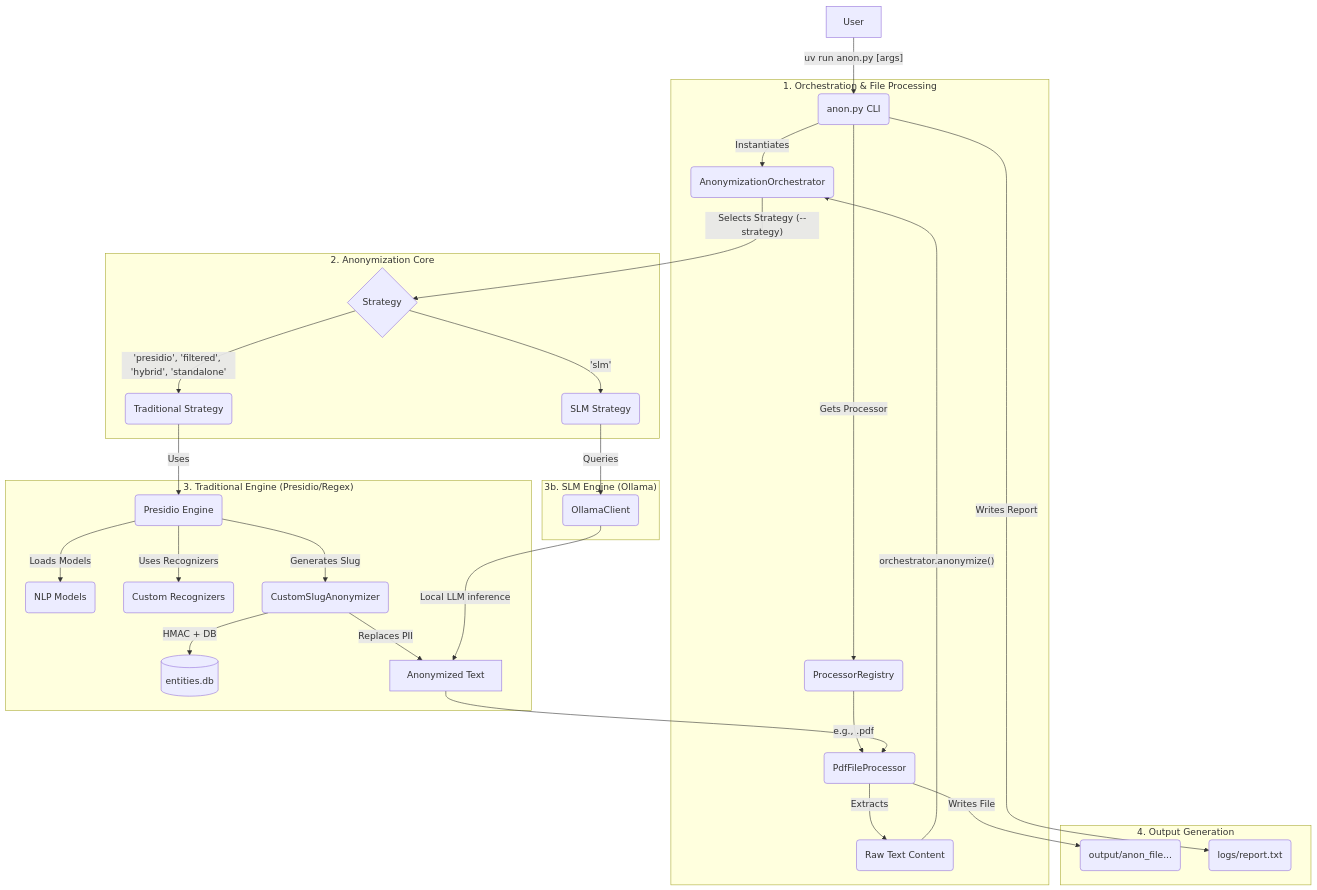
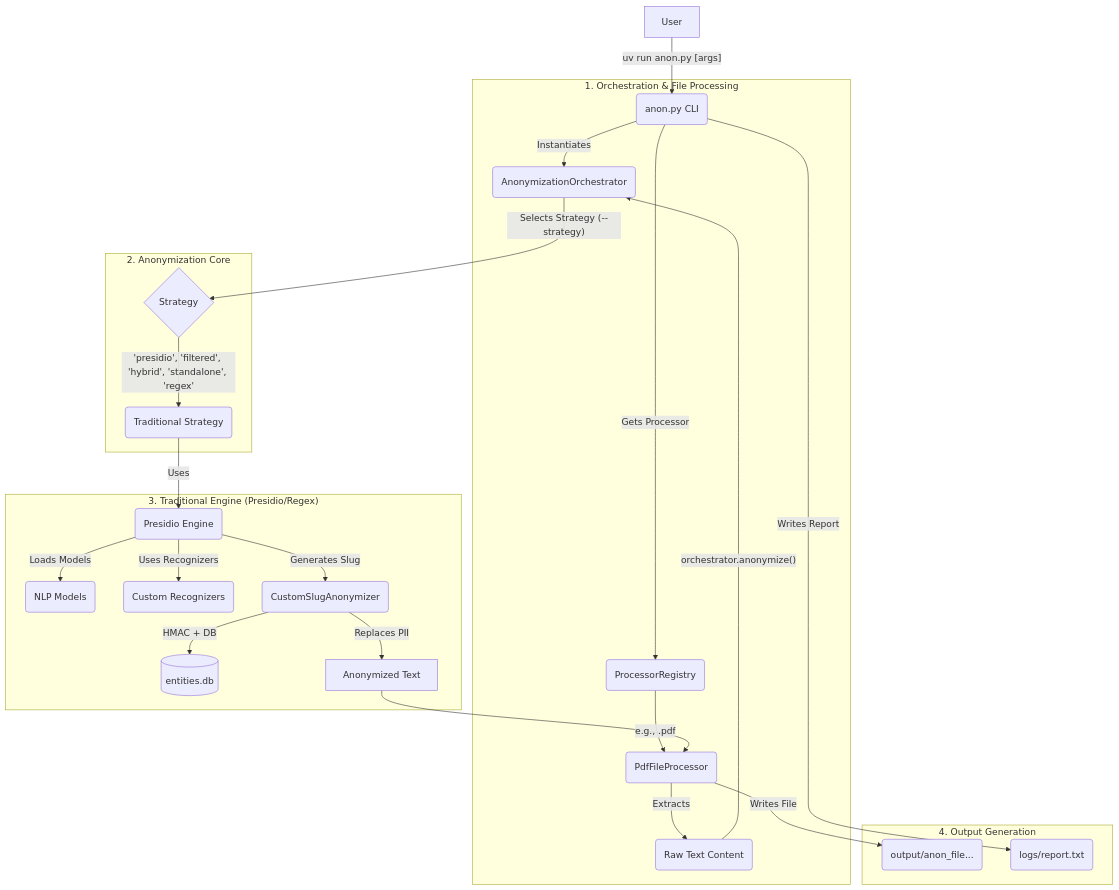
One commit to AnonShield/anonshield changed the diagram in docs/developers/ARCHITECTURE.md. Above: the diagram before and after it, drawn with Mermaid. The commit also changed other lines of this file and 53 other files, not shown here.

First line of the commit message:
refactor: remove the SLM/Ollama integration

````diff
--- a/docs/developers/ARCHITECTURE.md
+++ b/docs/developers/ARCHITECTURE.md
@@ -7,38 +7,32 @@
 ```mermaid
 graph TD
     A[User] -- "uv run anon.py <file> [args]" --> B(anon.py CLI);
 
     subgraph "1. Orchestration & File Processing"
         B -- "Instantiates" --> Orch(AnonymizationOrchestrator);
         B -- "Gets Processor" --> F(ProcessorRegistry);
         F -- "e.g., .pdf" --> P_PDF(PdfFileProcessor);
         P_PDF -- "Extracts" --> RawText(Raw Text Content);
     end
 
     subgraph "2. Anonymization Core"
         RawText -- "orchestrator.anonymize()" --> Orch;
         Orch -- "Selects Strategy (--strategy)" --> STR_CHOICE{Strategy};
-        STR_CHOICE -- "'presidio', 'filtered', 'hybrid', 'standalone'" --> PRESIDIO_STR(Traditional Strategy);
-        STR_CHOICE -- "'slm'" --> SLM_STR(SLM Strategy);
+        STR_CHOICE -- "'presidio', 'filtered', 'hybrid', 'standalone', 'regex'" --> PRESIDIO_STR(Traditional Strategy);
     end
 
     subgraph "3. Traditional Engine (Presidio/Regex)"
         PRESIDIO_STR -- "Uses" --> Presidio(Presidio Engine);
         Presidio -- "Loads Models" --> Models(NLP Models);
         Presidio -- "Uses Recognizers" --> Regex(Custom Recognizers);
         Presidio -- "Generates Slug" --> Anonymizer(CustomSlugAnonymizer);
         Anonymizer -- "HMAC + DB" --> DB[(entities.db)];
         Anonymizer -- "Replaces PII" --> AnonymizedText[Anonymized Text];
     end
 
-    subgraph "3b. SLM Engine (Ollama)"
-        SLM_STR -- "Queries" --> Ollama(OllamaClient);
-        Ollama -- "Local LLM inference" --> AnonymizedText;
-    end
-
     subgraph "4. Output Generation"
         AnonymizedText --> P_PDF;
         P_PDF -- "Writes File" --> OUT(output/anon_file...);
         B -- "Writes Report" --> LOG(logs/report.txt);
     end
 ```
````
